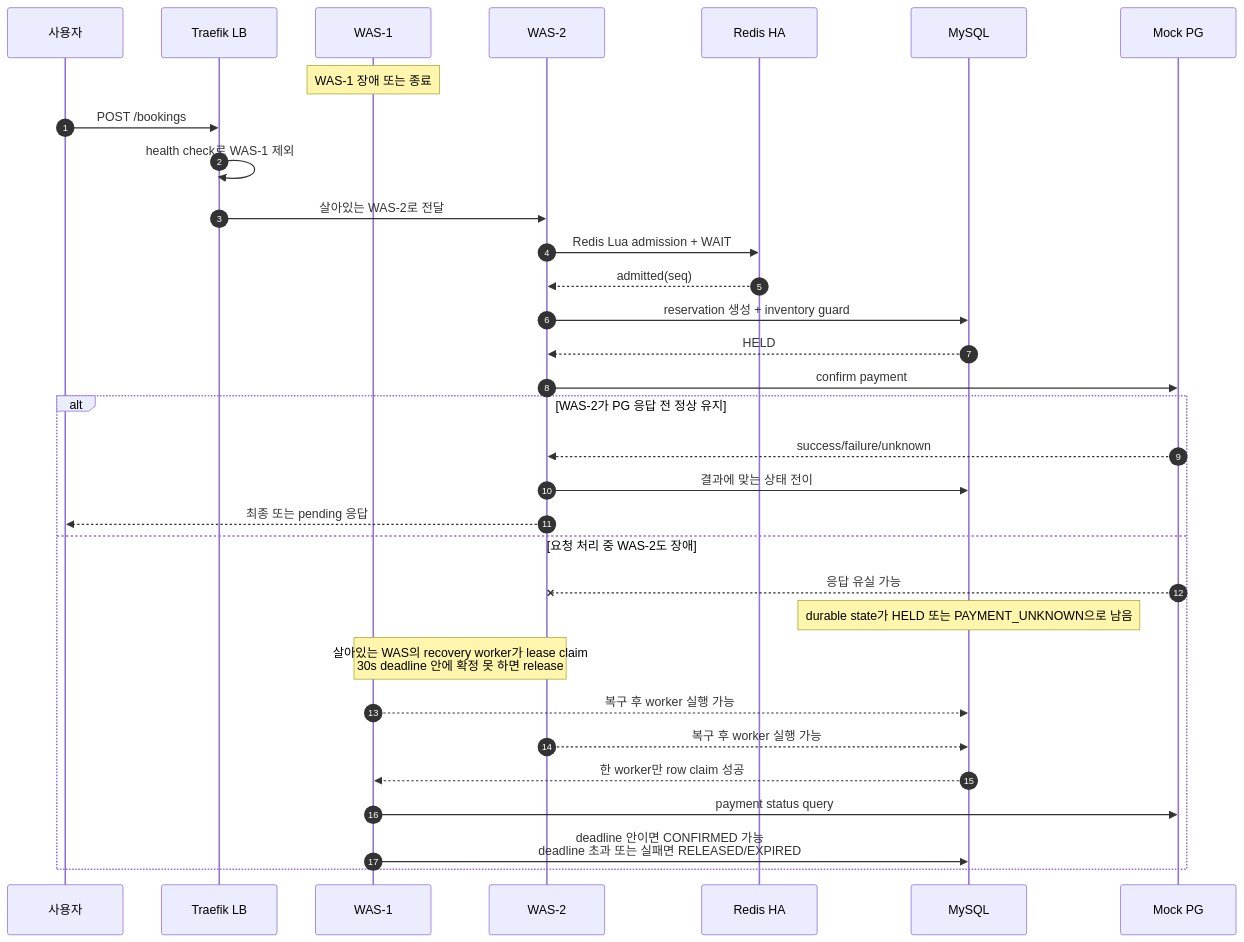
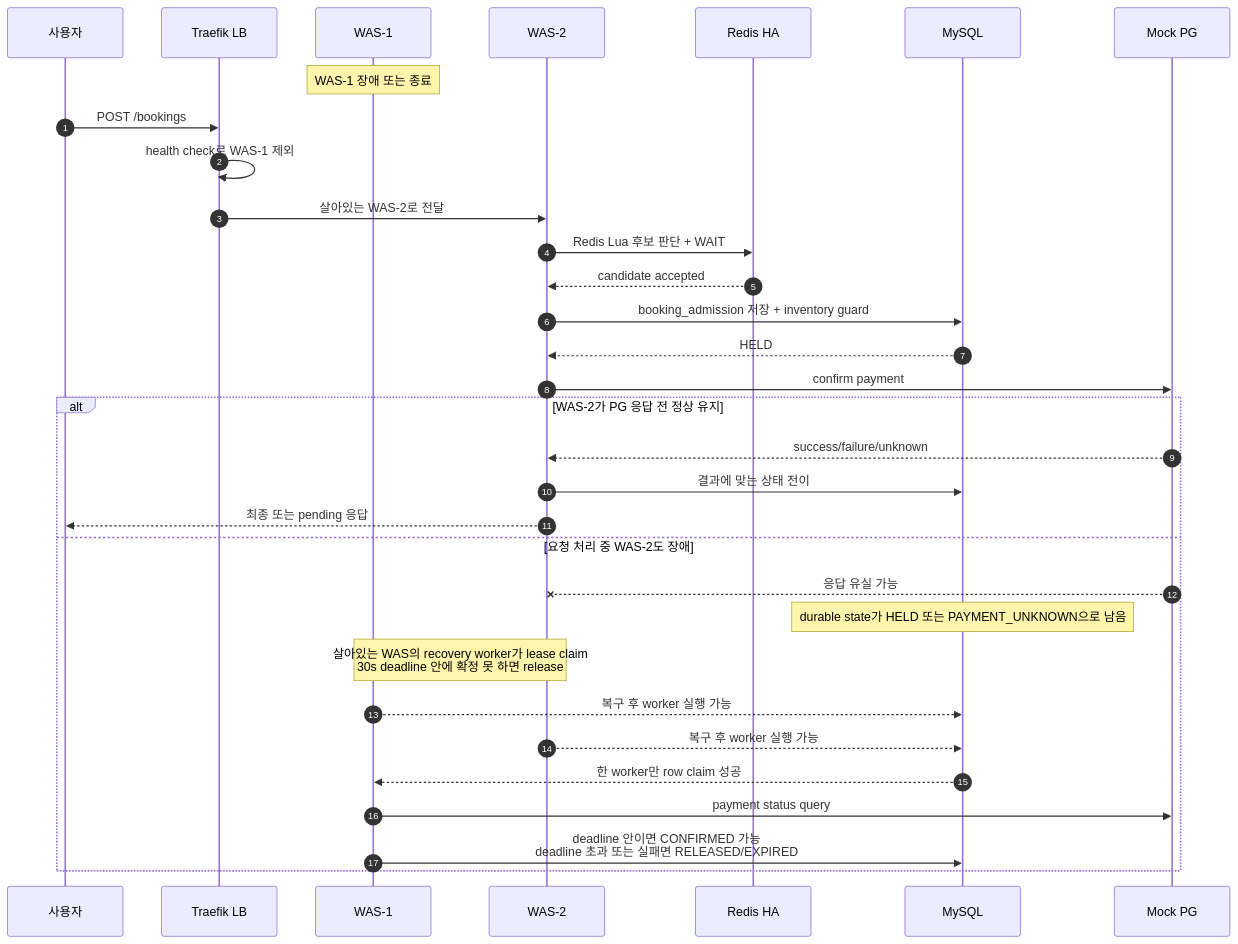
Before and after one commit to lsh1215/peak-booking-system: the third of 6 diagrams in docs/system-design/booking-user-flow-mermaid.md, drawn with Mermaid. The commit also changed other lines of this file and 1 other file, not shown here.

First line of the commit message:
docs: update SDD and booking flow

````diff
--- a/docs/system-design/booking-user-flow-mermaid.md
+++ b/docs/system-design/booking-user-flow-mermaid.md
@@ -100,37 +102,37 @@
 ```mermaid
 sequenceDiagram
     autonumber
     participant U as 사용자
     participant T as Traefik LB
     participant A1 as WAS-1
     participant A2 as WAS-2
     participant R as Redis HA
     participant D as MySQL
     participant P as Mock PG
 
     Note over A1: WAS-1 장애 또는 종료
     U->>T: POST /bookings
     T->>T: health check로 WAS-1 제외
     T->>A2: 살아있는 WAS-2로 전달
 
-    A2->>R: Redis Lua admission + WAIT
-    R-->>A2: admitted(seq)
-    A2->>D: reservation 생성 + inventory guard
+    A2->>R: Redis Lua 후보 판단 + WAIT
+    R-->>A2: candidate accepted
+    A2->>D: booking_admission 저장 + inventory guard
     D-->>A2: HELD
     A2->>P: confirm payment
 
     alt WAS-2가 PG 응답 전 정상 유지
         P-->>A2: success/failure/unknown
         A2->>D: 결과에 맞는 상태 전이
         A2-->>U: 최종 또는 pending 응답
     else 요청 처리 중 WAS-2도 장애
         P--x A2: 응답 유실 가능
         Note over D: durable state가 HELD 또는 PAYMENT_UNKNOWN으로 남음
         Note over A1,A2: 살아있는 WAS의 recovery worker가 lease claim<br/>30s deadline 안에 확정 못 하면 release
         A1-->>D: 복구 후 worker 실행 가능
         A2-->>D: 복구 후 worker 실행 가능
         D-->>A1: 한 worker만 row claim 성공
         A1->>P: payment status query
         A1->>D: deadline 안이면 CONFIRMED 가능<br/>deadline 초과 또는 실패면 RELEASED/EXPIRED
     end
 ```
````
